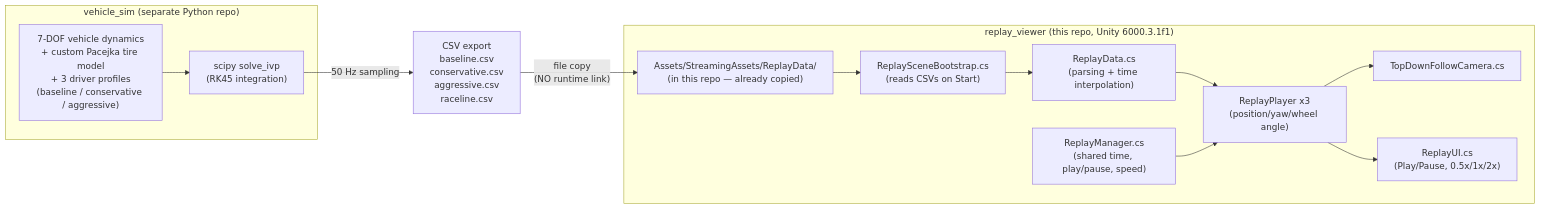
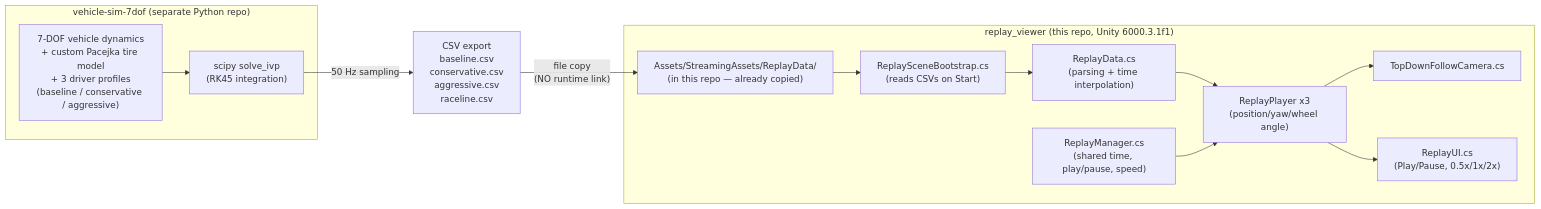
Before and after one commit to NightKnight-nx2/replay-viewer-for-vehicle-sim-7dof: the diagram in README.en.md, drawn with Mermaid. The commit also changed other lines of this file, not shown here.

````diff
--- a/README.en.md
+++ b/README.en.md
@@ -33,21 +33,21 @@
 ```mermaid
 flowchart LR
-    subgraph PY["vehicle_sim (separate Python repo)"]
+    subgraph PY["vehicle-sim-7dof (separate Python repo)"]
         A["7-DOF vehicle dynamics\n+ custom Pacejka tire model\n+ 3 driver profiles\n(baseline / conservative / aggressive)"]
         B["scipy solve_ivp\n(RK45 integration)"]
         A --> B
     end
 
     B -->|"50 Hz sampling"| C["CSV export\nbaseline.csv\nconservative.csv\naggressive.csv\nraceline.csv"]
 
     C -->|"file copy\n(NO runtime link)"| D["Assets/StreamingAssets/ReplayData/\n(in this repo — already copied)"]
 
     subgraph UNITY["replay_viewer (this repo, Unity 6000.3.1f1)"]
         D --> E["ReplaySceneBootstrap.cs\n(reads CSVs on Start)"]
         E --> F["ReplayData.cs\n(parsing + time interpolation)"]
         F --> G["ReplayPlayer x3\n(position/yaw/wheel angle)"]
         H["ReplayManager.cs\n(shared time, play/pause, speed)"] --> G
         G --> I["TopDownFollowCamera.cs"]
         G --> J["ReplayUI.cs\n(Play/Pause, 0.5x/1x/2x)"]
     end
 ```
````
